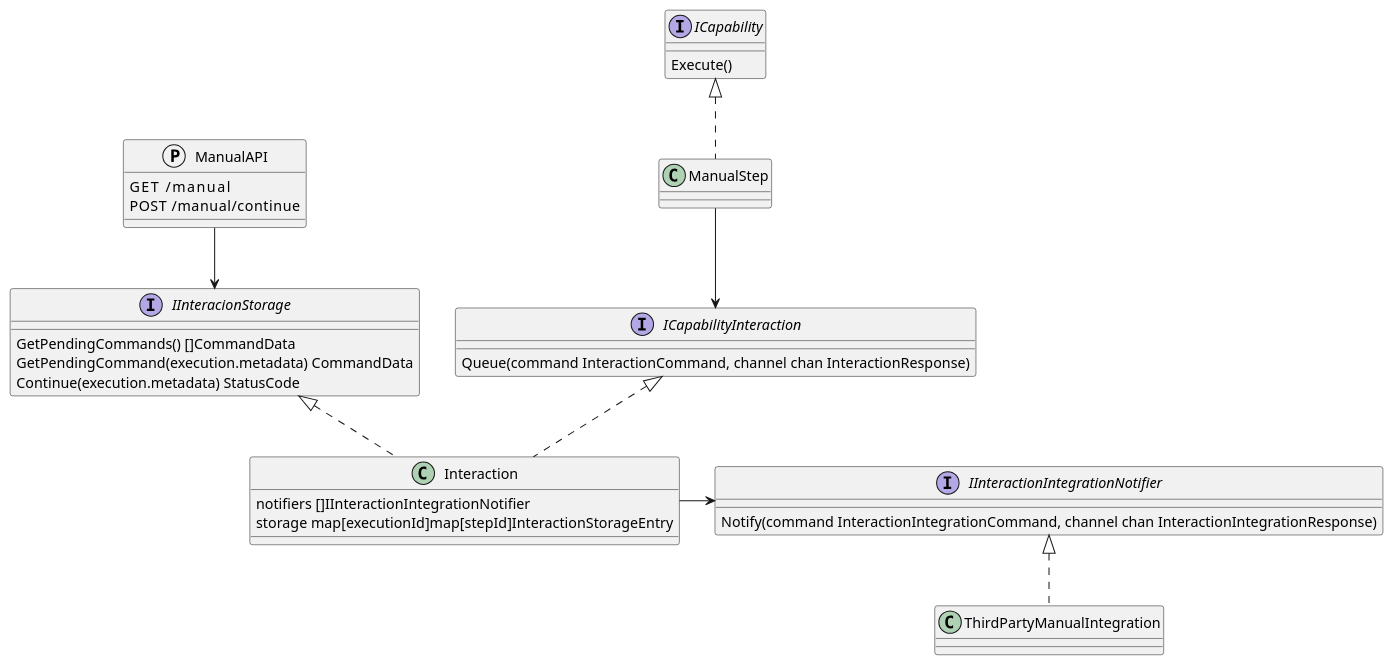
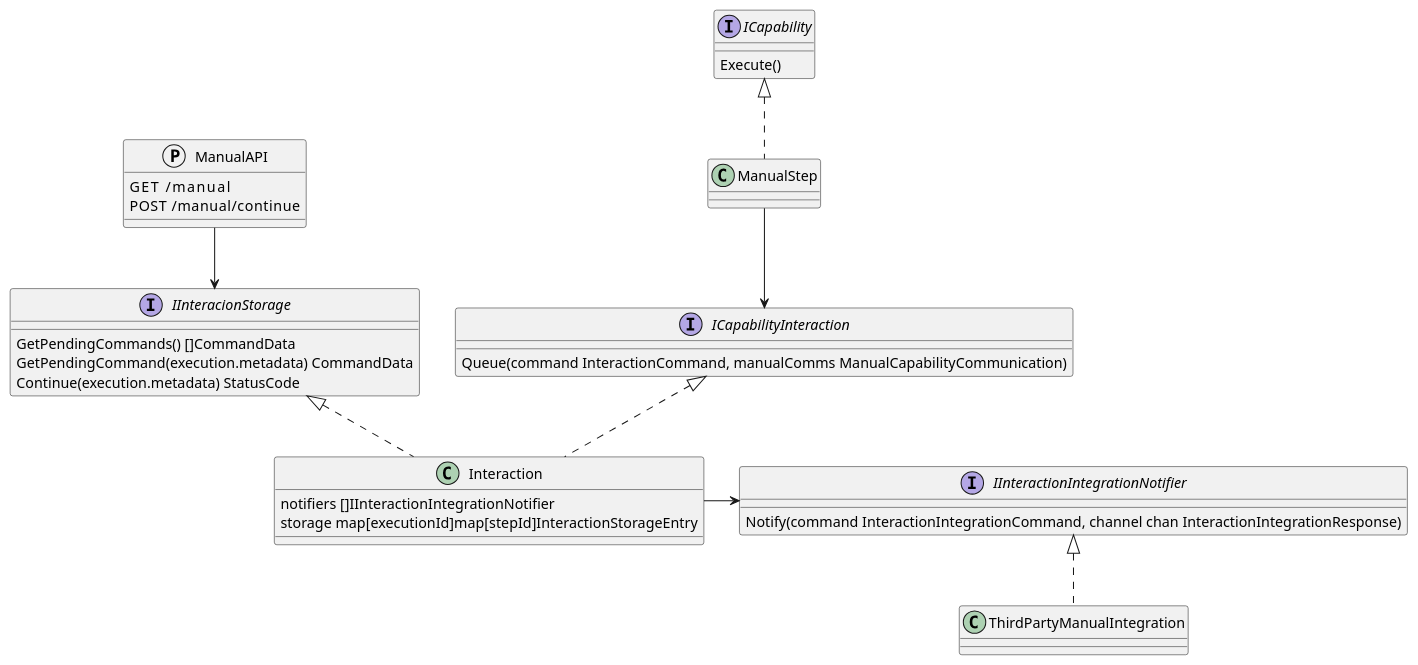
One commit to COSSAS/SOARCA changed the first of 2 diagrams in docs/content/en/docs/core-components/modules.md. Above: the diagram before and after it, drawn with PlantUML. The commit also changed 5 other files, not shown here.

````diff
--- a/docs/content/en/docs/core-components/modules.md
+++ b/docs/content/en/docs/core-components/modules.md
@@ -341,48 +341,48 @@
 ```plantuml
 @startuml
 set separator ::
 
 class ManualStep 
 
 protocol ManualAPI {
     GET     /manual
     POST    /manual/continue
 }
 
 interface ICapability{
    Execute()
 }
 
 interface ICapabilityInteraction{
-    Queue(command InteractionCommand, channel chan InteractionResponse)
+    Queue(command InteractionCommand, manualComms ManualCapabilityCommunication)
 }
 
 interface IInteracionStorage{
     GetPendingCommands() []CommandData
 	GetPendingCommand(execution.metadata) CommandData
 	Continue(execution.metadata) StatusCode
 }
 
 interface IInteractionIntegrationNotifier {
     Notify(command InteractionIntegrationCommand, channel chan InteractionIntegrationResponse)
 }
 
 class Interaction {
     notifiers []IInteractionIntegrationNotifier
     storage map[executionId]map[stepId]InteractionStorageEntry
 }
 class ThirdPartyManualIntegration
 
 
 ManualStep .up.|> ICapability
 ManualStep -down-> ICapabilityInteraction
 Interaction .up.|> ICapabilityInteraction
 Interaction .up.|> IInteracionStorage
 
 ManualAPI -down-> IInteracionStorage
 
 Interaction -right-> IInteractionIntegrationNotifier
 ThirdPartyManualIntegration .up.|> IInteractionIntegrationNotifier
 
 
 ```
````
